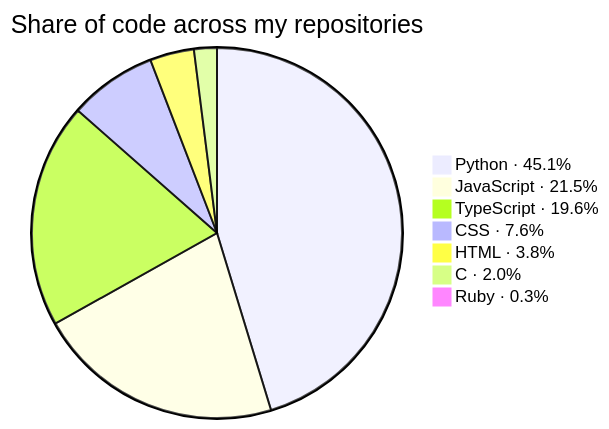
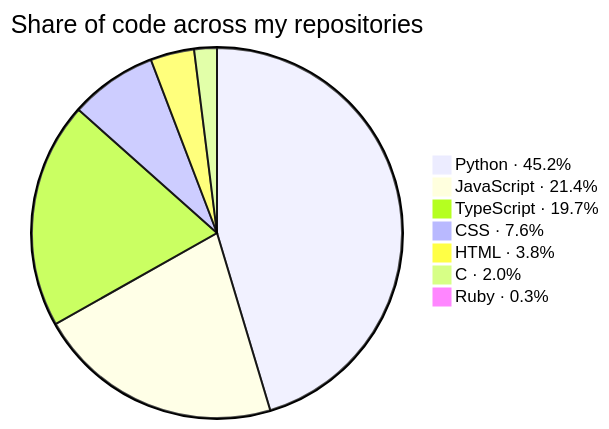
One commit to KathFK1234/KathFK1234 changed the second of 3 diagrams in README.md. Above: the diagram before and after it, drawn with Mermaid. The commit also changed other lines of this file and 4 other files, not shown here.

````diff
--- a/README.md
+++ b/README.md
@@ -109,11 +109,11 @@
 ```mermaid
 %%{init: {"themeVariables": {"pieSectionTextSize": "0px"}}}%%
 pie title Share of code across my repositories
-    "Python · 45.1%" : 1421.9
-    "JavaScript · 21.5%" : 677.8
-    "TypeScript · 19.6%" : 615.9
-    "CSS · 7.6%" : 240.6
+    "Python · 45.2%" : 1434.8
+    "JavaScript · 21.4%" : 679.1
+    "TypeScript · 19.7%" : 625.0
+    "CSS · 7.6%" : 240.9
     "HTML · 3.8%" : 120.9
     "C · 2.0%" : 62.7
     "Ruby · 0.3%" : 10.1
 ```
````
